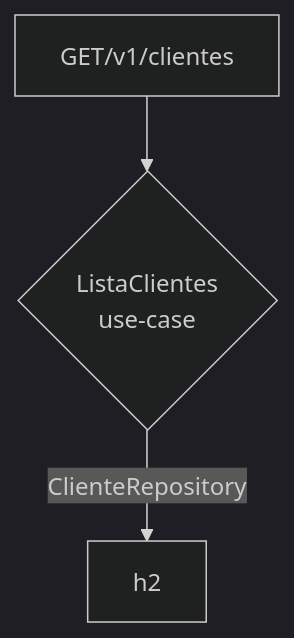
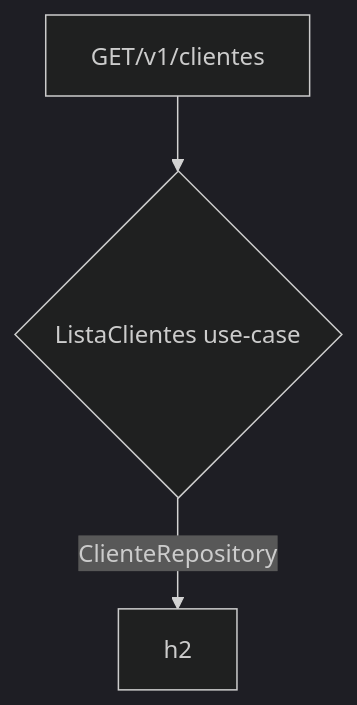
The second of 2 diagrams in README.md (pablowinck/muralis-desafio-spring-boot), drawn with Mermaid (dark theme) before and after one commit.

````diff
--- a/README.md
+++ b/README.md
@@ -84,5 +84,5 @@
 ```mermaid
 graph TD
-    GET/v1/clientes --> C{ListaClientes\nuse-case}
+    GET/v1/clientes --> C{ListaClientes use-case}
     C -->|ClienteRepository| D[h2]
 ```
````
